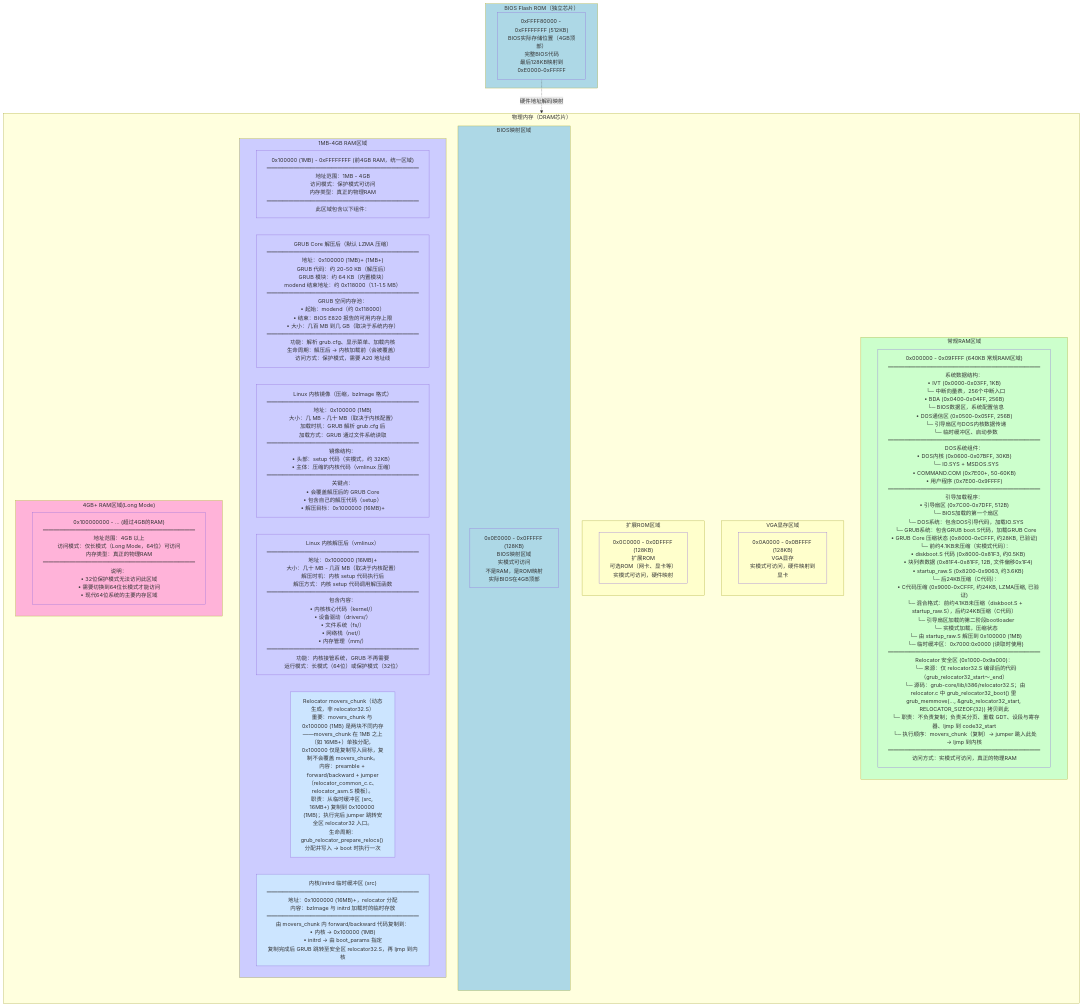
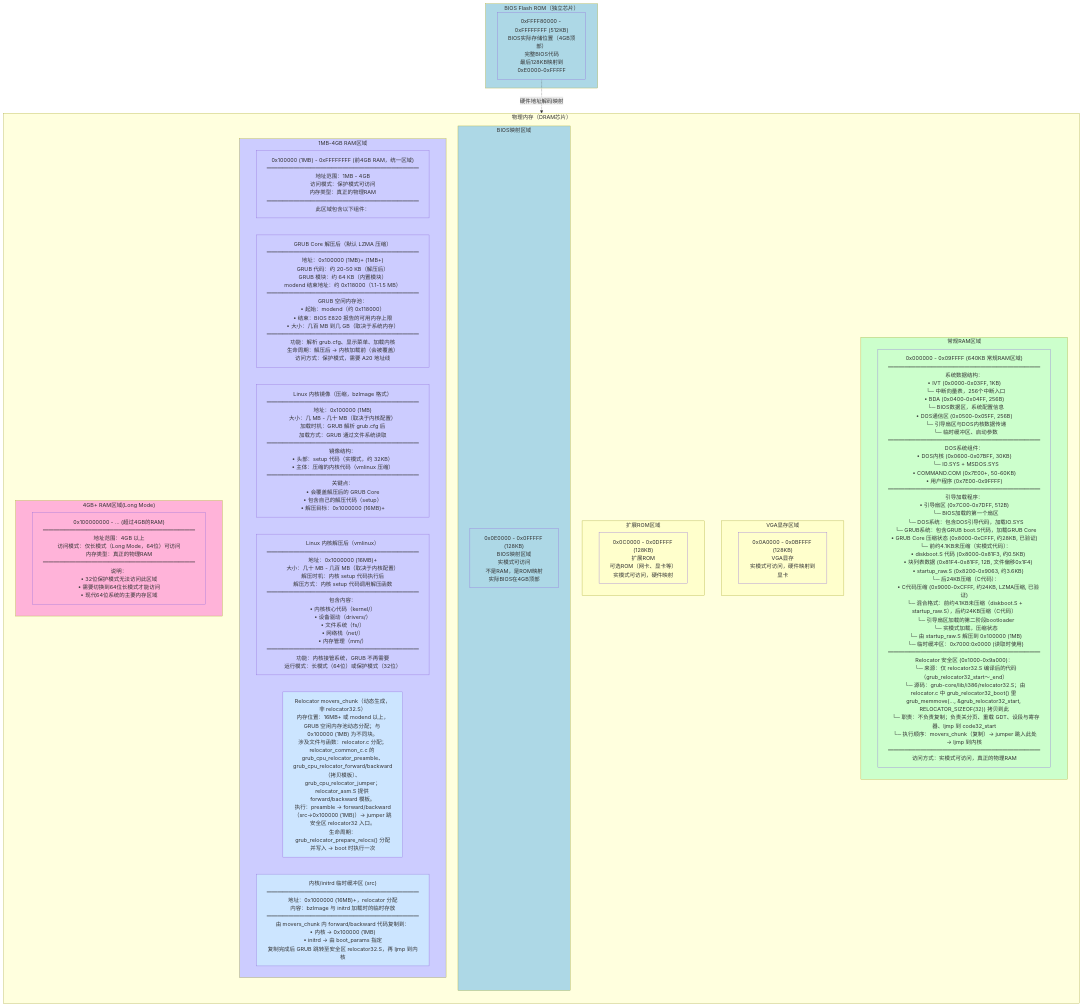
One commit to liweinan/bootimage-example changed the diagram in BIOS_MEMORY_LAYOUT.md. Above: the diagram before and after it, drawn with Mermaid.

Commit message:
doc(BIOS_MEMORY_LAYOUT): 精简 RelocatorMovers 节点，列举文件与函数、内存位置，去掉中间分析

````diff
--- a/BIOS_MEMORY_LAYOUT.md
+++ b/BIOS_MEMORY_LAYOUT.md
@@ -287,61 +287,61 @@
    ```mermaid
    flowchart TB
        subgraph DRAM["物理内存（DRAM芯片）"]
            direction TB
            
            subgraph Low640KB["常规RAM区域"]
                LowRAM["0x000000 - 0x09FFFF (640KB 常规RAM区域)<br/>━━━━━━━━━━━━━━━━━━━━━━━━━━━━<br/>系统数据结构：<br/>• IVT (0x0000-0x03FF, 1KB)<br/>  └─ 中断向量表，256个中断入口<br/>• BDA (0x0400-0x04FF, 256B)<br/>  └─ BIOS数据区，系统配置信息<br/>• DOS通信区 (0x0500-0x05FF, 256B)<br/>  └─ 引导扇区与DOS内核数据传递<br/>  └─ 临时缓冲区、启动参数<br/>━━━━━━━━━━━━━━━━━━━━━━━━━━━━<br/>DOS系统组件：<br/>• DOS内核 (0x0600-0x07BFF, 30KB)<br/>  └─ IO.SYS + MSDOS.SYS<br/>• COMMAND.COM (0x7E00+, 50-60KB)<br/>• 用户程序 (0x7E00-0x9FFFF)<br/>━━━━━━━━━━━━━━━━━━━━━━━━━━━━<br/>引导加载程序：<br/>• 引导扇区 (0x7C00-0x7DFF, 512B)<br/>  └─ BIOS加载的第一个扇区<br/>  └─ DOS系统：包含DOS引导代码，加载IO.SYS<br/>  └─ GRUB系统：包含GRUB boot.S代码，加载GRUB Core<br/>• GRUB Core 压缩状态 (0x8000-0xCFFF, 约28KB, 已验证)<br/>  └─ 前约4.1KB未压缩（实模式代码）：<br/>     • diskboot.S 代码 (0x8000-0x81F3, 约0.5KB)<br/>     • 块列表数据 (0x81F4-0x81FF, 12B, 文件偏移0x1F4)<br/>     • startup_raw.S (0x8200-0x9063, 约3.6KB)<br/>  └─ 后24KB压缩（C代码）：<br/>     • C代码压缩 (0x9000-0xCFFF, 约24KB, LZMA压缩, 已验证)<br/>  └─ 混合格式：前约4.1KB未压缩（diskboot.S + startup_raw.S），后约24KB压缩（C代码）<br/>  └─ 引导扇区加载的第二阶段bootloader<br/>  └─ 实模式加载，压缩状态<br/>  └─ 由 startup_raw.S 解压到 0x100000 (1MB)<br/>  └─ 临时缓冲区：0x7000:0x0000 (读取时使用)<br/>━━━━━━━━━━━━━━━━━━━━━━━━━━━━<br/>Relocator 安全区 (0x1000-0x9a000)：<br/>  └─ 来源：仅 relocator32.S 编译后的代码（grub_relocator32_start～_end）<br/>  └─ 源码：grub-core/lib/i386/relocator32.S；由 relocator.c 中 grub_relocator32_boot() 里 grub_memmove(..., &grub_relocator32_start, RELOCATOR_SIZEOF(32)) 拷贝到此<br/>  └─ 职责：不负责复制；负责关分页、重载 GDT、设段与寄存器、ljmp 到 code32_start<br/>  └─ 执行顺序：movers_chunk（复制）→ jumper 跳入此处 → ljmp 到内核<br/>━━━━━━━━━━━━━━━━━━━━━━━━━━━━<br/>访问方式：实模式可访问，真正的物理RAM"]
            end
            
            subgraph VGARAM["VGA显存区域"]
                VGAMem["0x0A0000 - 0x0BFFFF (128KB)<br/>VGA显存<br/>实模式可访问，硬件映射到显卡"]
            end
            
            subgraph ExtROM["扩展ROM区域"]
                OptionROM["0x0C0000 - 0x0DFFFF (128KB)<br/>扩展ROM<br/>可选ROM（网卡、显卡等）<br/>实模式可访问，硬件映射"]
            end
            
            subgraph BIOSMap["BIOS映射区域"]
                BIOSMapped["0x0E0000 - 0x0FFFFF (128KB)<br/>BIOS映射区域<br/>实模式可访问<br/>不是RAM，是ROM映射<br/>实际BIOS在4GB顶部"]
            end
            
            subgraph Above1MB["1MB-4GB RAM区域"]
                RAM4GB["0x100000 (1MB) - 0xFFFFFFFF (前4GB RAM，统一区域)<br/>━━━━━━━━━━━━━━━━━━━━━━━━━━━━<br/>地址范围：1MB - 4GB<br/>访问模式：保护模式可访问<br/>内存类型：真正的物理RAM<br/>━━━━━━━━━━━━━━━━━━━━━━━━━━━━<br/>此区域包含以下组件："]
                GRUBDecomp["GRUB Core 解压后（默认 LZMA 压缩）<br/>━━━━━━━━━━━━━━━━━━━━━━━━━━━━<br/>地址：0x100000 (1MB)+ (1MB+)<br/>GRUB 代码：约 20-50 KB（解压后）<br/>GRUB 模块：约 64 KB（内置模块）<br/>modend 结束地址：约 0x118000（1.1-1.5 MB）<br/>━━━━━━━━━━━━━━━━━━━━━━━━━━━━<br/>GRUB 空闲内存池：<br/>• 起始：modend（约 0x118000）<br/>• 结束：BIOS E820 报告的可用内存上限<br/>• 大小：几百 MB 到几 GB（取决于系统内存）<br/>━━━━━━━━━━━━━━━━━━━━━━━━━━━━<br/>功能：解析 grub.cfg、显示菜单、加载内核<br/>生命周期：解压后 → 内核加载前（会被覆盖）<br/>访问方式：保护模式，需要 A20 地址线"]
                KernelLoad["Linux 内核镜像（压缩，bzImage 格式）<br/>━━━━━━━━━━━━━━━━━━━━━━━━━━━━<br/>地址：0x100000 (1MB)<br/>大小：几 MB - 几十 MB（取决于内核配置）<br/>加载时机：GRUB 解析 grub.cfg 后<br/>加载方式：GRUB 通过文件系统读取<br/>━━━━━━━━━━━━━━━━━━━━━━━━━━━━<br/>镜像结构：<br/>• 头部：setup 代码（实模式，约 32KB）<br/>• 主体：压缩的内核代码（vmlinux 压缩）<br/>━━━━━━━━━━━━━━━━━━━━━━━━━━━━<br/>关键点：<br/>• 会覆盖解压后的 GRUB Core<br/>• 包含自己的解压代码（setup）<br/>• 解压目标：0x1000000 (16MB)+"]
                KernelDecomp["Linux 内核解压后（vmlinux）<br/>━━━━━━━━━━━━━━━━━━━━━━━━━━━━<br/>地址：0x1000000 (16MB)+<br/>大小：几十 MB - 几百 MB（取决于内核配置）<br/>解压时机：内核 setup 代码执行后<br/>解压方式：内核 setup 代码调用解压函数<br/>━━━━━━━━━━━━━━━━━━━━━━━━━━━━<br/>包含内容：<br/>• 内核核心代码（kernel/）<br/>• 设备驱动（drivers/）<br/>• 文件系统（fs/）<br/>• 网络栈（net/）<br/>• 内存管理（mm/）<br/>━━━━━━━━━━━━━━━━━━━━━━━━━━━━<br/>功能：内核接管系统，GRUB 不再需要<br/>运行模式：长模式（64位）或保护模式（32位）"]
-               RelocatorMovers["Relocator movers_chunk（动态生成，非 relocator32.S）<br/>重要：movers_chunk 与 0x100000 (1MB) 是两块不同内存——movers_chunk 在 1MB 之上（如 16MB+）单独分配，0x100000 仅是复制写入目标，复制不会覆盖 movers_chunk。<br/>内容：preamble + forward/backward + jumper（relocator_common_c.c、relocator_asm.S 模板）。<br/>职责：从临时缓冲区 (src, 16MB+) 复制到 0x100000 (1MB)；执行完后 jumper 跳转安全区 relocator32 入口。<br/>生命周期：grub_relocator_prepare_relocs() 分配并写入 → boot 时执行一次"]
+               RelocatorMovers["Relocator movers_chunk（动态生成，非 relocator32.S）<br/>内存位置：16MB+ 或 modend 以上，GRUB 空闲内存池动态分配；与 0x100000 (1MB) 为不同块。<br/>涉及文件与函数：relocator.c 分配；relocator_common_c.c 的 grub_cpu_relocator_preamble、grub_cpu_relocator_forward/backward（拷贝模板）、grub_cpu_relocator_jumper；relocator_asm.S 提供 forward/backward 模板。<br/>执行：preamble → forward/backward（src→0x100000 (1MB)）→ jumper 跳安全区 relocator32 入口。<br/>生命周期：grub_relocator_prepare_relocs() 分配并写入 → boot 时执行一次"]
                KernelTempBuf["内核/initrd 临时缓冲区 (src)<br/>━━━━━━━━━━━━━━━━━━━━━━━━━━━━<br/>地址：0x1000000 (16MB)+，relocator 分配<br/>内容：bzImage 与 initrd 加载时的临时存放<br/>━━━━━━━━━━━━━━━━━━━━━━━━━━━━<br/>由 movers_chunk 内 forward/backward 代码复制到：<br/>• 内核 → 0x100000 (1MB)<br/>• initrd → 由 boot_params 指定<br/>复制完成后 GRUB 跳转至安全区 relocator32.S，再 ljmp 到内核"]
            end
            
            subgraph Above4GB["4GB+ RAM区域(Long Mode)"]
                RAM8GB["0x100000000 - ... (超过4GB的RAM)<br/>━━━━━━━━━━━━━━━━━━━━━━━━━━━━<br/>地址范围：4GB 以上<br/>访问模式：仅长模式（Long Mode，64位）可访问<br/>内存类型：真正的物理RAM<br/>━━━━━━━━━━━━━━━━━━━━━━━━━━━━<br/>说明：<br/>• 32位保护模式无法访问此区域<br/>• 需要切换到64位长模式才能访问<br/>• 现代64位系统的主要内存区域"]
            end
        end
        
        subgraph BIOSROM["BIOS Flash ROM（独立芯片）"]
            BIOSFull["0xFFFF80000 - 0xFFFFFFFF (512KB)<br/>BIOS实际存储位置（4GB顶部）<br/>完整BIOS代码<br/>最后128KB映射到0xE0000-0xFFFFF"]
        end
        
        BIOSFull -.->|"硬件地址解码映射"| BIOSMapped
        
        style Low640KB fill:#ccffcc
        style LowRAM fill:#ccffcc
        style VGARAM fill:#ffffcc
        style VGAMem fill:#ffffcc
        style ExtROM fill:#ffffcc
        style OptionROM fill:#ffffcc
        style BIOSMap fill:#add8e6
        style BIOSMapped fill:#add8e6
        style Above1MB fill:#ccccff
        style RAM4GB fill:#ccccff
        style GRUBDecomp fill:#ccccff
        style KernelLoad fill:#ccccff
        style KernelDecomp fill:#ccccff
        style RelocatorMovers fill:#cce5ff
        style KernelTempBuf fill:#cce5ff
        style Above4GB fill:#ffb3d9
        style RAM8GB fill:#ffb3d9
        style BIOSROM fill:#add8e6
        style BIOSFull fill:#add8e6
    ```
````
